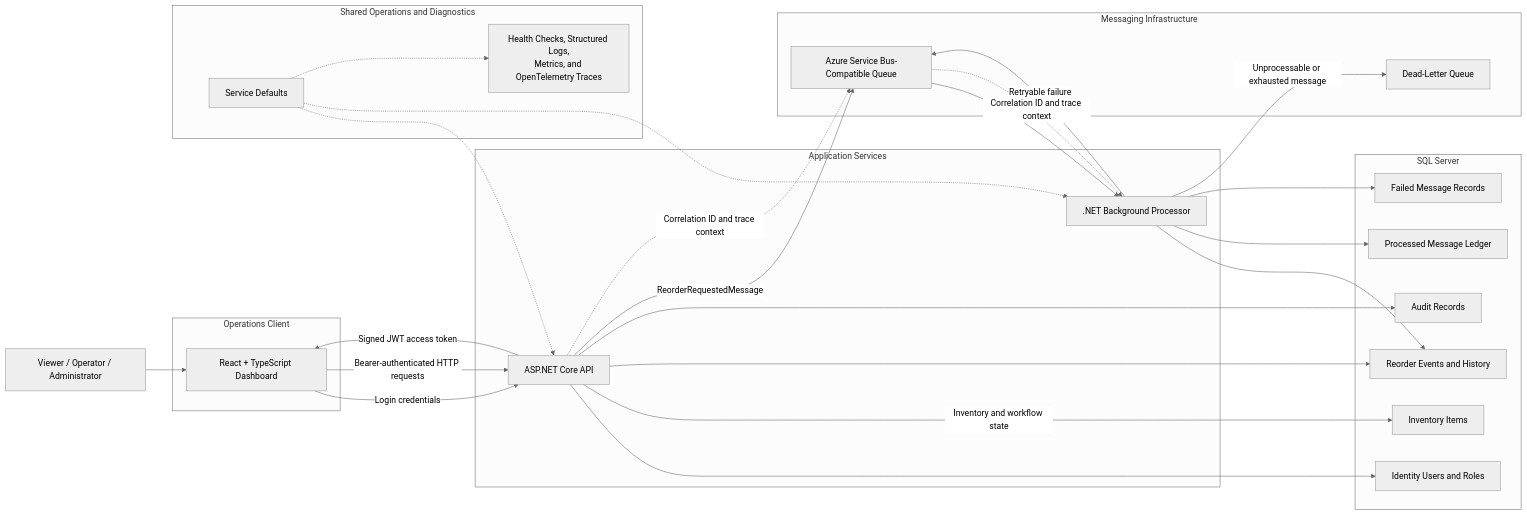
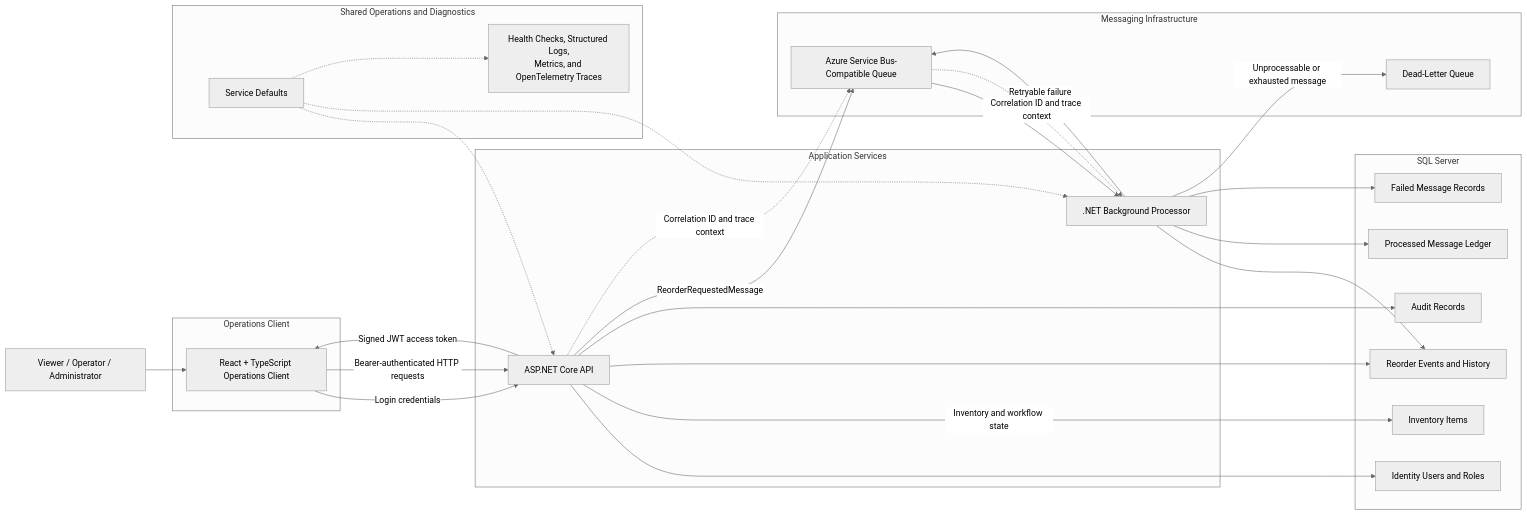
The diagram in docs/architecture.md (w-cook/event-driven-inventory-reorder-platform), drawn with Mermaid (neutral theme) before and after one commit. The commit also changed other lines of this file and 6 other files, not shown here.

````diff
--- a/docs/architecture.md
+++ b/docs/architecture.md
@@ -9,57 +9,57 @@
 ```mermaid
 flowchart LR
     User["Viewer / Operator / Administrator"]
 
     subgraph Client["Operations Client"]
-        React["React + TypeScript Dashboard"]
+        React["React + TypeScript Operations Client"]
     end
 
     subgraph Application["Application Services"]
         API["ASP.NET Core API"]
         Processor[".NET Background Processor"]
     end
 
     subgraph Messaging["Messaging Infrastructure"]
         Queue["Azure Service Bus-Compatible Queue"]
         DLQ["Dead-Letter Queue"]
     end
 
     subgraph Persistence["SQL Server"]
         Identity["Identity Users and Roles"]
         Inventory["Inventory Items"]
         Reorders["Reorder Events and History"]
         Audit["Audit Records"]
         Processed["Processed Message Ledger"]
         Failed["Failed Message Records"]
     end
 
     subgraph Observability["Shared Operations and Diagnostics"]
         ServiceDefaults["Service Defaults"]
         Telemetry["Health Checks, Structured Logs,\nMetrics, and OpenTelemetry Traces"]
     end
 
     User --> React
     React -->|"Login credentials"| API
     API -->|"Signed JWT access token"| React
     React -->|"Bearer-authenticated HTTP requests"| API
 
     API --> Identity
     API -->|"Inventory and workflow state"| Inventory
     API --> Reorders
     API --> Audit
     API -->|"ReorderRequestedMessage"| Queue
 
     Queue --> Processor
     Processor --> Reorders
     Processor --> Processed
     Processor --> Failed
     Processor -->|"Retryable failure"| Queue
     Processor -->|"Unprocessable or exhausted message"| DLQ
 
     ServiceDefaults -.-> API
     ServiceDefaults -.-> Processor
     ServiceDefaults -.-> Telemetry
 
     API -.->|"Correlation ID and trace context"| Queue
     Queue -.->|"Correlation ID and trace context"| Processor
 ```
````
